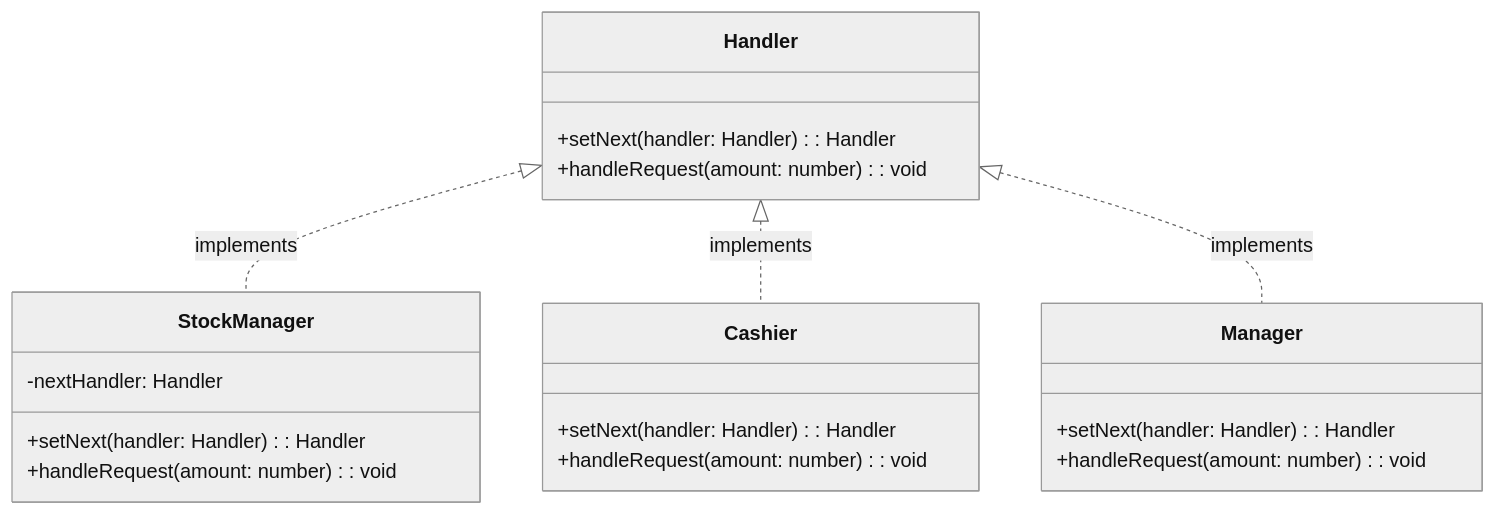
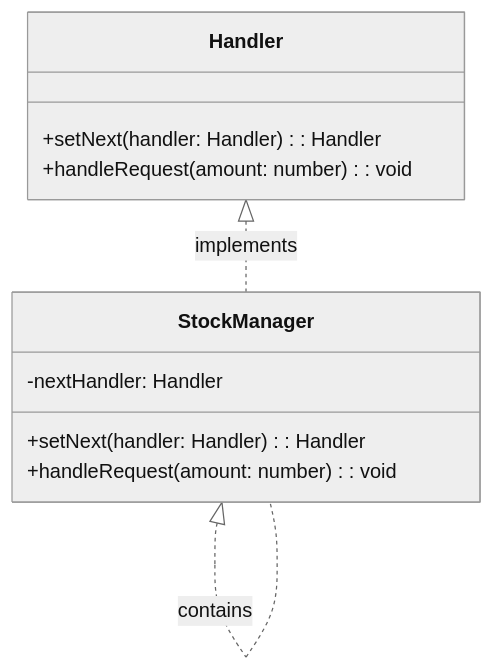
One commit to k0perX-X/HSE_PAPS changed the eighth of 12 diagrams in Lab Work №6/docs/README.md. Above: the diagram before and after it, drawn with Mermaid (neutral theme). The commit also changed other lines of this file, not shown here.

````diff
--- a/Lab Work №6/docs/README.md
+++ b/Lab Work №6/docs/README.md
@@ -531,27 +591,16 @@
 ```mermaid
 classDiagram
     class Handler {
         +setNext(handler: Handler): Handler
         +handleRequest(amount: number): void
     }
 
     class StockManager {
         -nextHandler: Handler
         +setNext(handler: Handler): Handler
         +handleRequest(amount: number): void
     }
 
-    class Cashier {
-        +setNext(handler: Handler): Handler
-        +handleRequest(amount: number): void
-    }
-
-    class Manager {
-        +setNext(handler: Handler): Handler
-        +handleRequest(amount: number): void
-    }
-
     Handler <|.. StockManager : implements
-    Handler <|.. Cashier : implements
-    Handler <|.. Manager : implements
+    StockManager <|.. StockManager : contains
 ```
````
